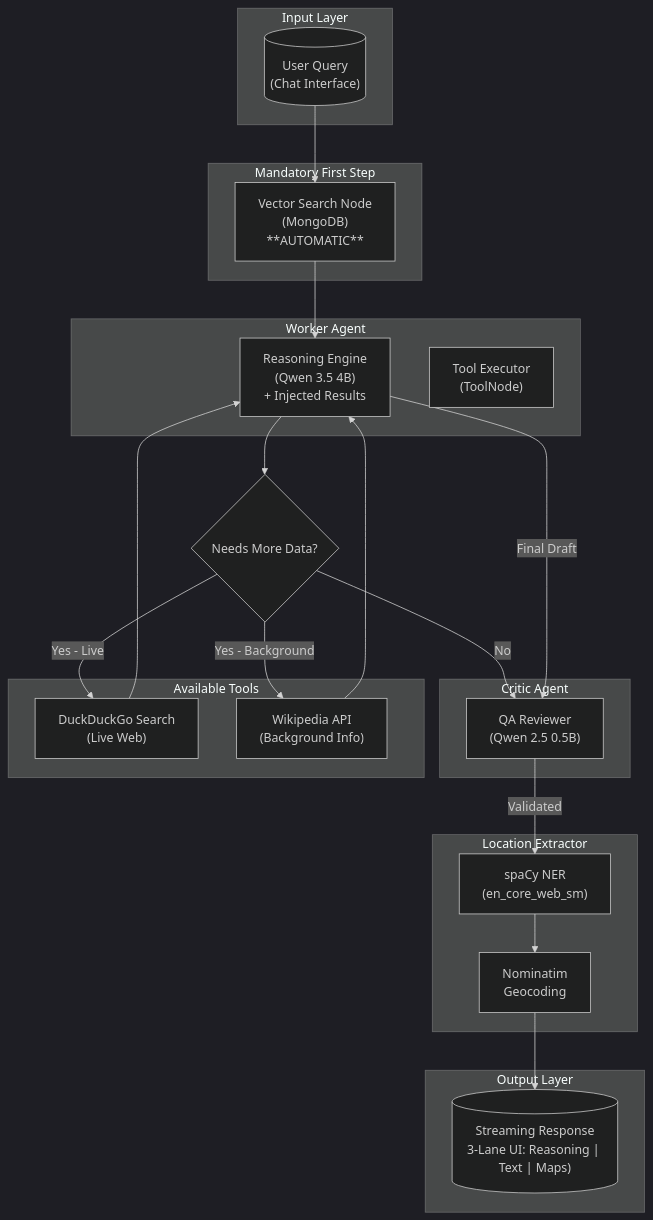
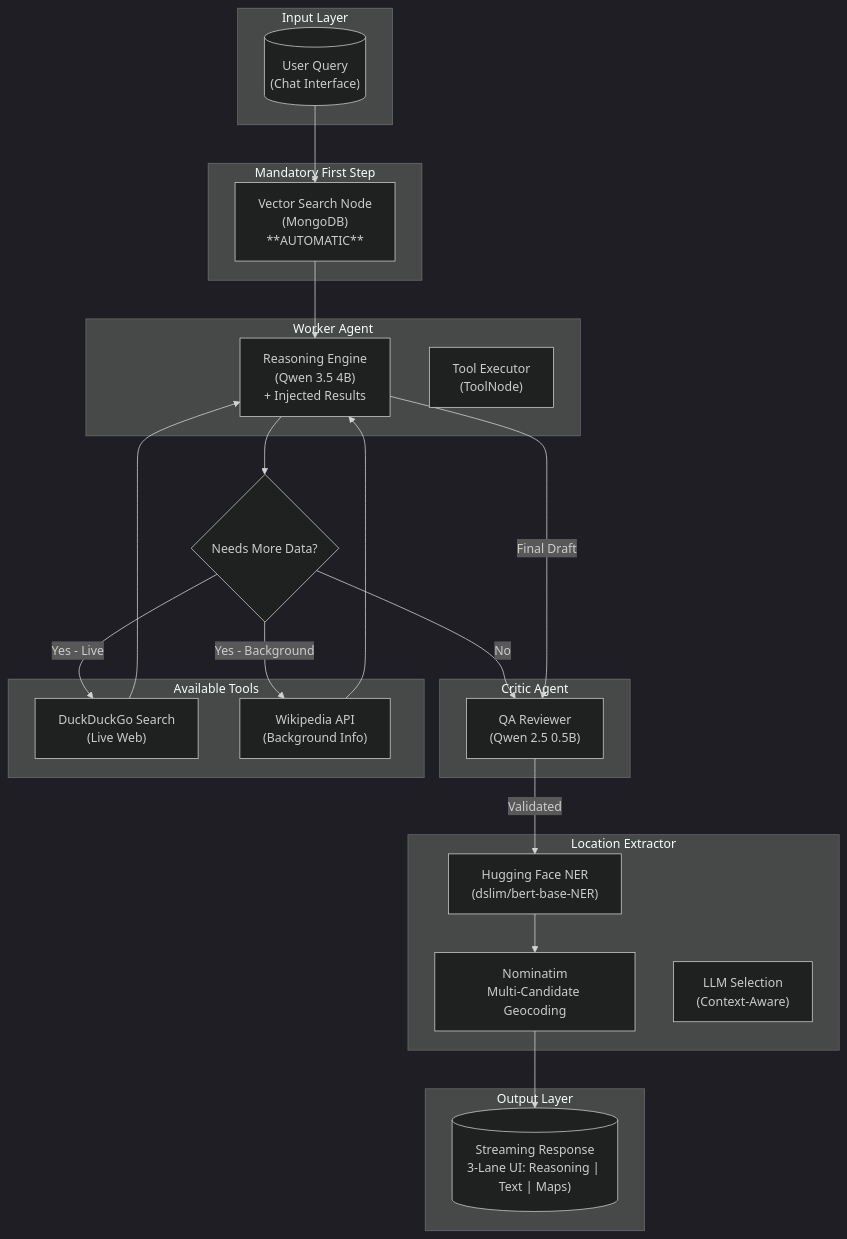
One commit to fbaierl/geo-vision-lab changed the first of 8 diagrams in docs/agent_workflow.md. Above: the diagram before and after it, drawn with Mermaid. The commit also changed other lines of this file and 8 other files, not shown here.

````diff
--- a/docs/agent_workflow.md
+++ b/docs/agent_workflow.md
@@ -43,47 +43,48 @@
 ```mermaid
 %%{init: {'theme': 'dark'}}%%
 graph TB
     subgraph Input["Input Layer"]
         UQ[("User Query<br/>(Chat Interface)")]
     end
 
     subgraph Mandatory["Mandatory First Step"]
         VS["Vector Search Node<br/>(MongoDB)<br/>**AUTOMATIC**"]
     end
 
     subgraph Worker["Worker Agent"]
         REASON["Reasoning Engine<br/>(Qwen 3.5 4B)<br/>+ Injected Results"]
         TOOLS["Tool Executor<br/>(ToolNode)"]
     end
 
     subgraph Critic["Critic Agent"]
         REVIEW["QA Reviewer<br/>(Qwen 2.5 0.5B)"]
     end
 
     subgraph Location["Location Extractor"]
-        NER["spaCy NER<br/>(en_core_web_sm)"]
-        GEO["Nominatim<br/>Geocoding"]
+        NER["Hugging Face NER<br/>(dslim/bert-base-NER)"]
+        GEO["Nominatim<br/>Multi-Candidate Geocoding"]
+        LLM["LLM Selection<br/>(Context-Aware)"]
     end
 
     subgraph Tools["Available Tools"]
         DDG["DuckDuckGo Search<br/>(Live Web)"]
         WIKI["Wikipedia API<br/>(Background Info)"]
     end
 
     subgraph Output["Output Layer"]
         RESP[("Streaming Response<br/>3-Lane UI: Reasoning | Text | Maps)")]
     end
 
     UQ --> VS
     VS --> REASON
     REASON --> DECIDE{Needs More Data?}
     DECIDE -->|Yes - Live| DDG
     DECIDE -->|Yes - Background| WIKI
     DECIDE -->|No| REVIEW
     DDG --> REASON
     WIKI --> REASON
     REASON -->|Final Draft| REVIEW
     REVIEW -->|Validated| NER
     NER --> GEO
     GEO --> RESP
 ```
````
